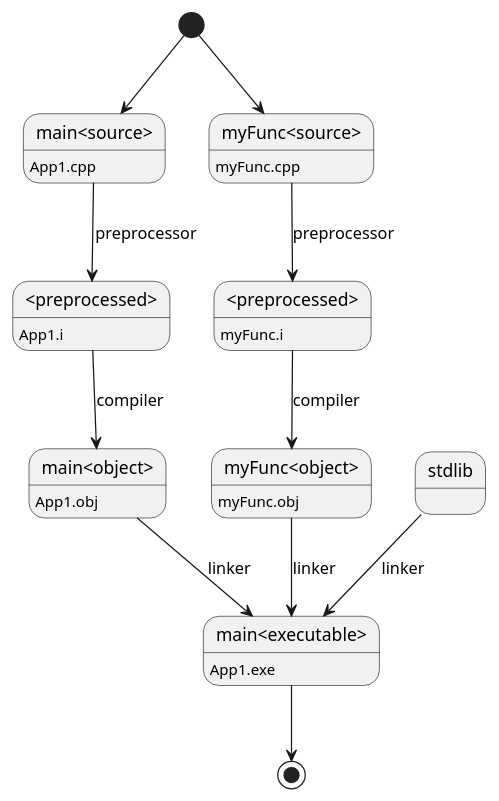
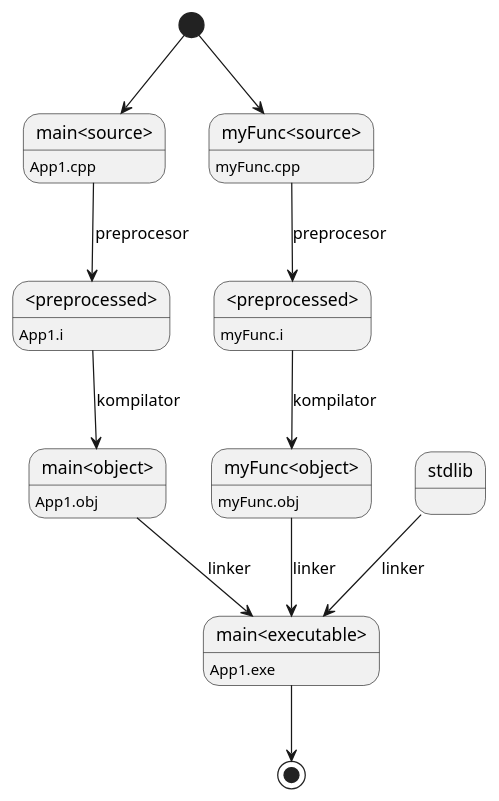
One commit to Obywatelecki/CppTraining changed the first of 2 diagrams in book/000/hello.md. Above: the diagram before and after it, drawn with PlantUML. The commit also changed other lines of this file, not shown here.

```diff
--- a/book/000/hello.md
+++ b/book/000/hello.md
@@ -287,36 +287,36 @@
 {% plantuml %}
 
 state "main<source>"     as Source_main
 state "<preprocessed>"   as Preprocessed_main
 
 state "myFunc<source>"   as Source_myFunction
 state "<preprocessed>"   as Preprocessed_myFunction
 
 state "main<object>"     as Object_main
 state "myFunc<object>"   as Object_myFunction
 state "main<executable>" as Executable
 
 [*]                     --> Source_main
-Source_main             --> Preprocessed_main       : preprocessor
-Preprocessed_main       --> Object_main             : compiler
+Source_main             --> Preprocessed_main       : preprocesor
+Preprocessed_main       --> Object_main             : kompilator
 
 [*]                     --> Source_myFunction
-Source_myFunction       --> Preprocessed_myFunction : preprocessor
-Preprocessed_myFunction --> Object_myFunction       : compiler
+Source_myFunction       --> Preprocessed_myFunction : preprocesor
+Preprocessed_myFunction --> Object_myFunction       : kompilator
 
 Object_main             --> Executable              : linker
 Object_myFunction       --> Executable              : linker
 stdlib                  --> Executable              : linker
 Executable              --> [*]
 
 Source_main             : App1.cpp
 Preprocessed_main       : App1.i
 
 Source_myFunction       : myFunc.cpp
 Preprocessed_myFunction : myFunc.i
 
 Object_main             : App1.obj
 Object_myFunction       : myFunc.obj
 Executable              : App1.exe
 
 {% endplantuml %}
```
